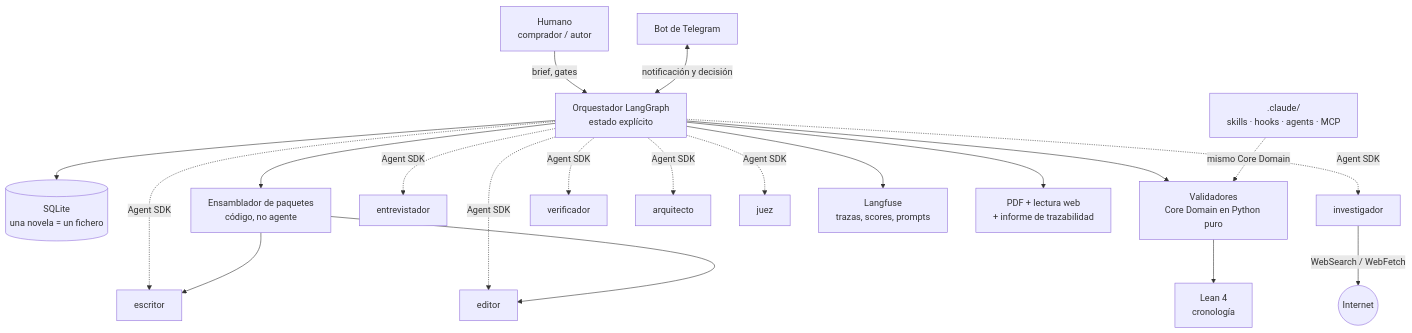
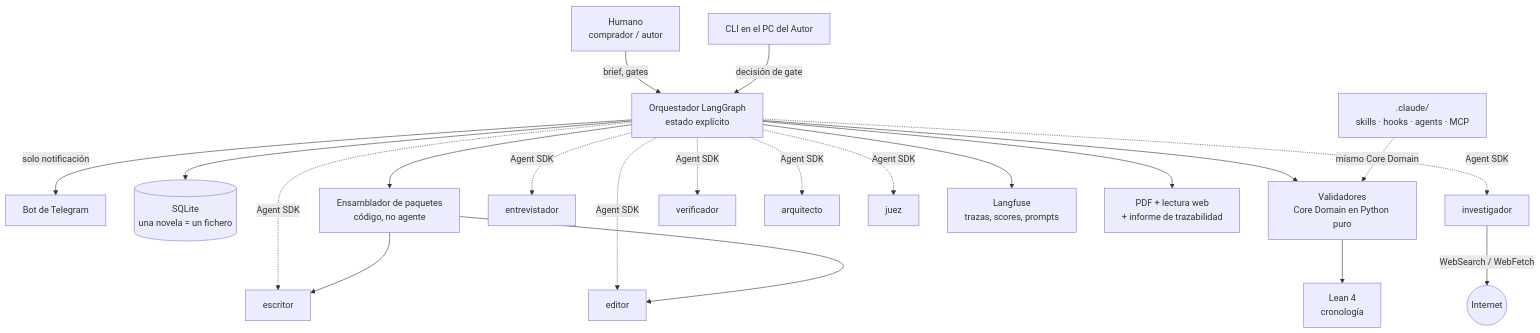
The first of 2 diagrams in docs/architecture.md (alberqq/StoryMaker), drawn with Mermaid before and after one commit. The commit also changed other lines of this file and 21 other files, not shown here.

First line of the commit message:
Gates: Telegram solo avisa y se decide en el PC con storymaker decidir

````diff
--- a/docs/architecture.md
+++ b/docs/architecture.md
@@ -60,26 +60,27 @@
 ```mermaid
 graph TD
     H["Humano<br/>comprador / autor"] -->|brief, gates| ORQ
-    TG["Bot de Telegram"] <-->|notificación y decisión| ORQ
+    ORQ -->|solo notificación| TG["Bot de Telegram"]
+    CLI["CLI en el PC del Autor"] -->|decisión de gate| ORQ
     ORQ["Orquestador LangGraph<br/>estado explícito"] --> DB[("SQLite<br/>una novela = un fichero")]
     ORQ --> PK["Ensamblador de paquetes<br/>código, no agente"]
     ORQ --> VAL["Validadores<br/>Core Domain en Python puro"]
     VAL --> LEAN["Lean 4<br/>cronología"]
 
     ORQ -. "Agent SDK" .-> A1["entrevistador"]
     ORQ -. "Agent SDK" .-> A2["investigador"]
     ORQ -. "Agent SDK" .-> A2B["verificador"]
     ORQ -. "Agent SDK" .-> A3["arquitecto"]
     ORQ -. "Agent SDK" .-> A4["escritor"]
     ORQ -. "Agent SDK" .-> A5["editor"]
     ORQ -. "Agent SDK" .-> A6["juez"]
 
     PK --> A4
     PK --> A5
     A2 -->|WebSearch / WebFetch| NET(("Internet"))
 
     ORQ --> LF["Langfuse<br/>trazas, scores, prompts"]
     ORQ --> OUT["PDF + lectura web<br/>+ informe de trazabilidad"]
 
     CC[".claude/<br/>skills · hooks · agents · MCP"] -. "mismo Core Domain" .-> VAL
 ```
````
